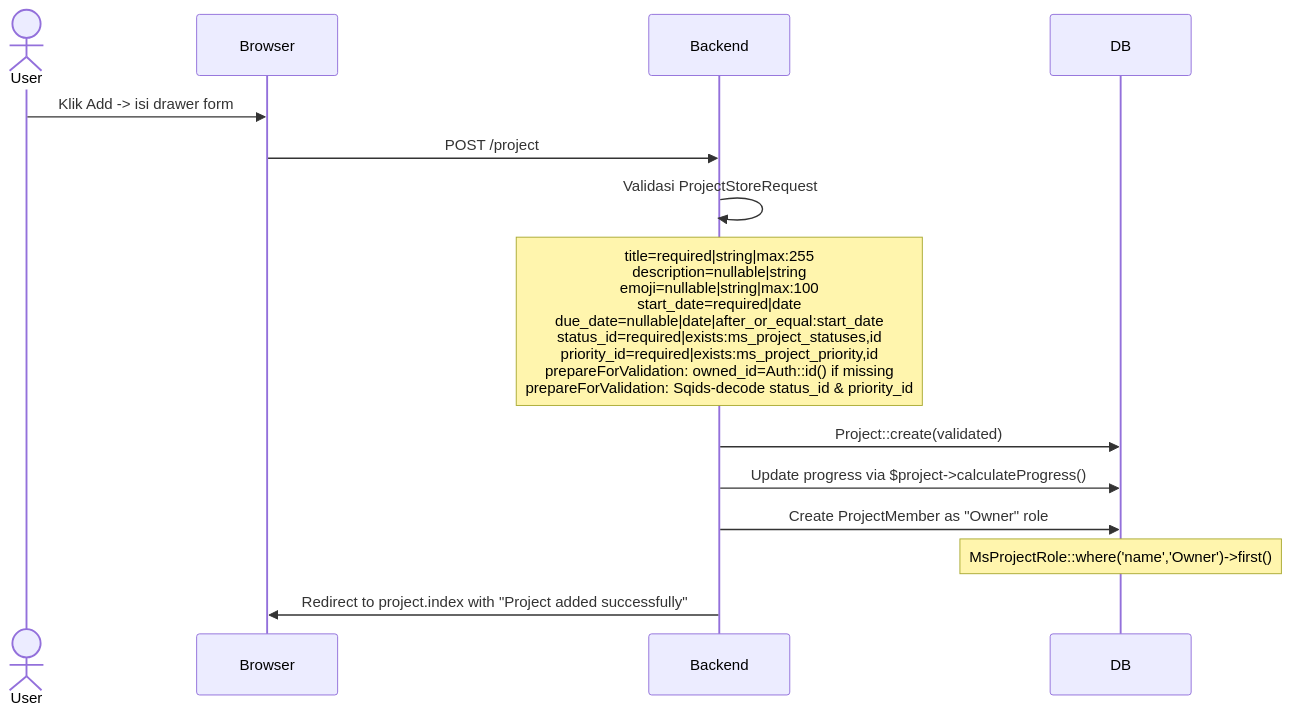
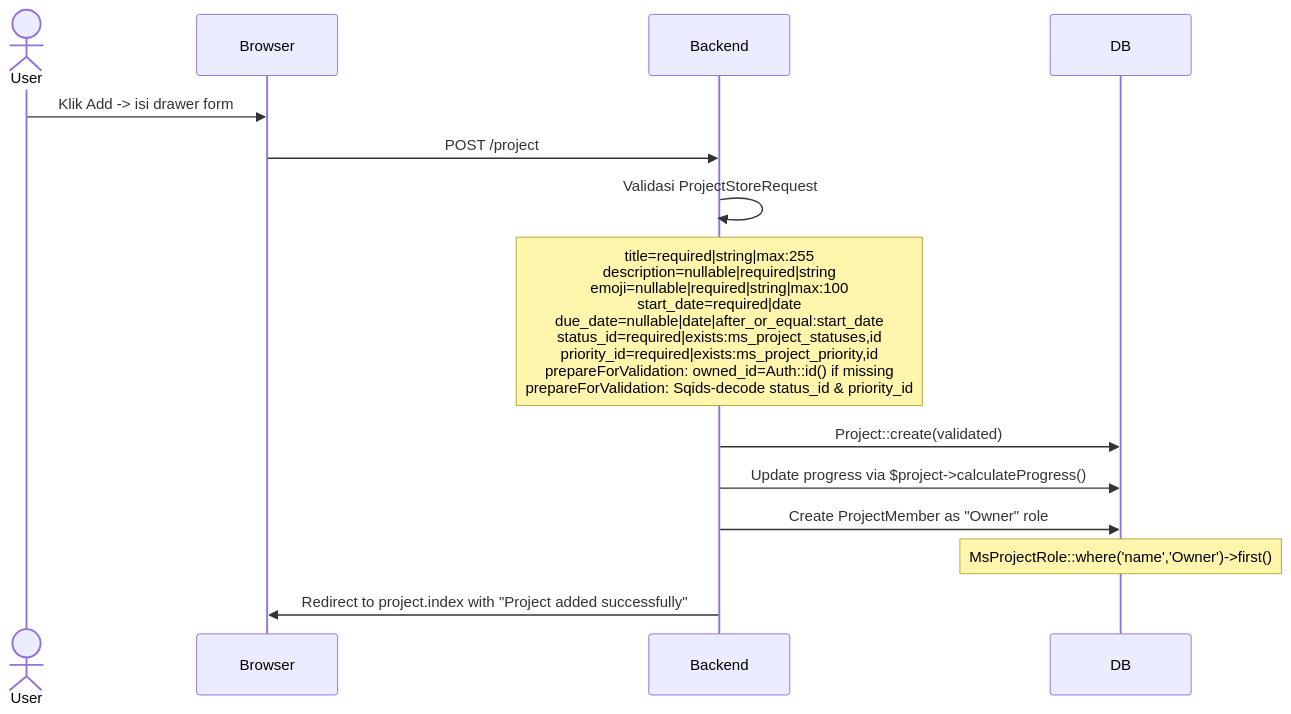
Before and after one commit to priamitra273/laptoplain: the second of 8 diagrams in docs/project/management.md, drawn with Mermaid. The commit also changed other lines of this file and 14 other files, not shown here.

````diff
--- a/docs/project/management.md
+++ b/docs/project/management.md
@@ -52,19 +52,19 @@
 ```mermaid
 sequenceDiagram
     actor User
     participant Browser
     participant Backend
     participant DB
 
     User->>Browser: Klik Add -> isi drawer form
     Browser->>Backend: POST /project
 
     Backend->>Backend: Validasi ProjectStoreRequest
-    Note over Backend: title=required|string|max:255<br/>description=nullable|string<br/>emoji=nullable|string|max:100<br/>start_date=required|date<br/>due_date=nullable|date|after_or_equal:start_date<br/>status_id=required|exists:ms_project_statuses,id<br/>priority_id=required|exists:ms_project_priority,id<br/>prepareForValidation: owned_id=Auth::id() if missing<br/>prepareForValidation: Sqids-decode status_id & priority_id
+    Note over Backend: title=required|string|max:255<br/>description=nullable|required|string<br/>emoji=nullable|required|string|max:100<br/>start_date=required|date<br/>due_date=nullable|date|after_or_equal:start_date<br/>status_id=required|exists:ms_project_statuses,id<br/>priority_id=required|exists:ms_project_priority,id<br/>prepareForValidation: owned_id=Auth::id() if missing<br/>prepareForValidation: Sqids-decode status_id & priority_id
 
     Backend->>DB: Project::create(validated)
     Backend->>DB: Update progress via $project->calculateProgress()
     Backend->>DB: Create ProjectMember as "Owner" role
     Note over DB: MsProjectRole::where('name','Owner')->first()
     Backend->>Browser: Redirect to project.index with "Project added successfully"
 ```
````
